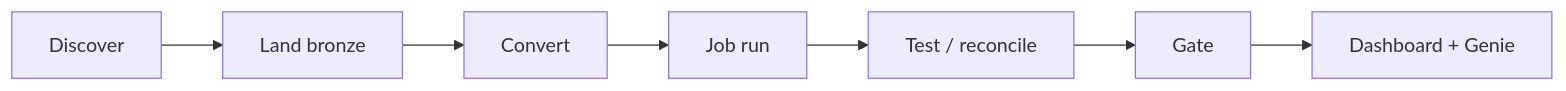
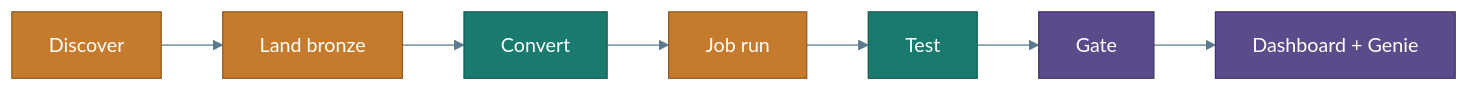
The second of 3 diagrams in docs/what-you-get.md (Jericho2010/edwmigration), drawn with Mermaid before and after one commit. The commit also changed other lines of this file and 25 other files, not shown here.

First line of the commit message:
Add enterprise SoD docs, themed diagrams, glossary, and Cursor UI guide.

````diff
--- a/docs/what-you-get.md
+++ b/docs/what-you-get.md
@@ -44,9 +58,16 @@
 ```mermaid
+%%{init: {"theme":"base","themeVariables":{"primaryColor":"#E8F1F8","primaryTextColor":"#0B3D5C","primaryBorderColor":"#0B3D5C","lineColor":"#5B7A8C","secondaryColor":"#E6F4F1","tertiaryColor":"#F7F3EA","background":"#FFFFFF","mainBkg":"#E8F1F8","clusterBkg":"#F7FAFC","clusterBorder":"#5B7A8C","titleColor":"#0B3D5C","edgeLabelBackground":"#FFFFFF"}}}%%
 flowchart LR
   D[Discover] --> L[Land bronze]
   L --> C[Convert]
   C --> J[Job run]
-  J --> T[Test / reconcile]
+  J --> T[Test]
   T --> G[Gate]
   G --> O[Dashboard + Genie]
+  classDef work fill:#C47B2D,stroke:#8F5A1F,color:#fff
+  classDef agent fill:#1B7A6E,stroke:#145A51,color:#fff
+  classDef ops fill:#5B4B8A,stroke:#3F3460,color:#fff
+  class D,L,J work
+  class C,T agent
+  class G,O ops
 ```
````
